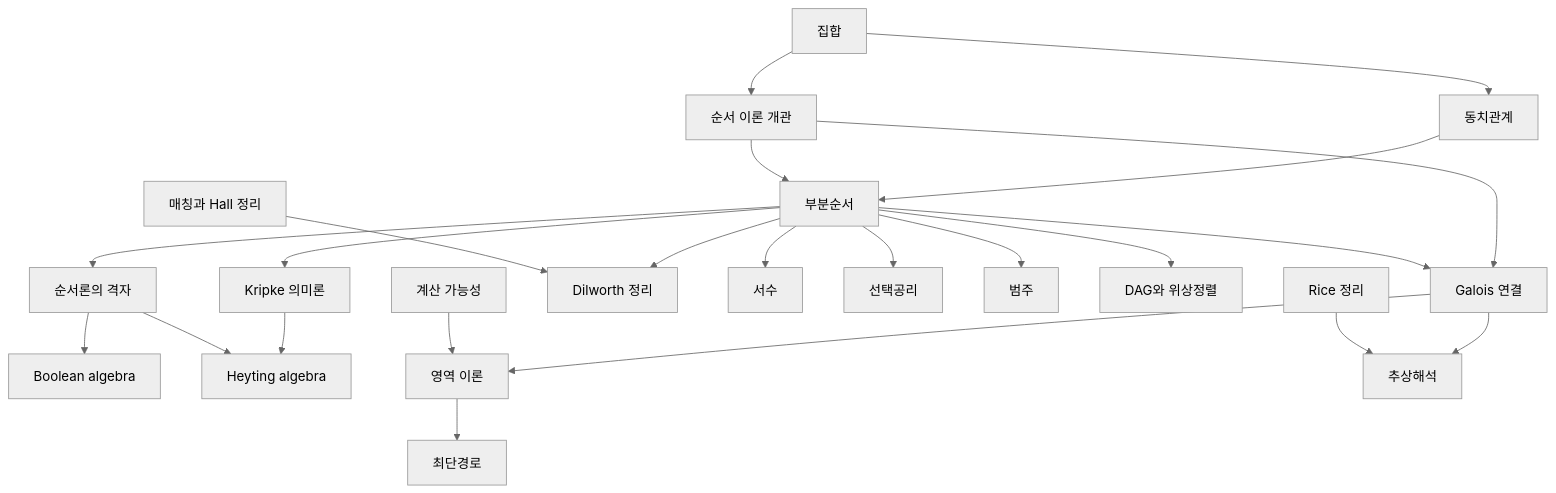
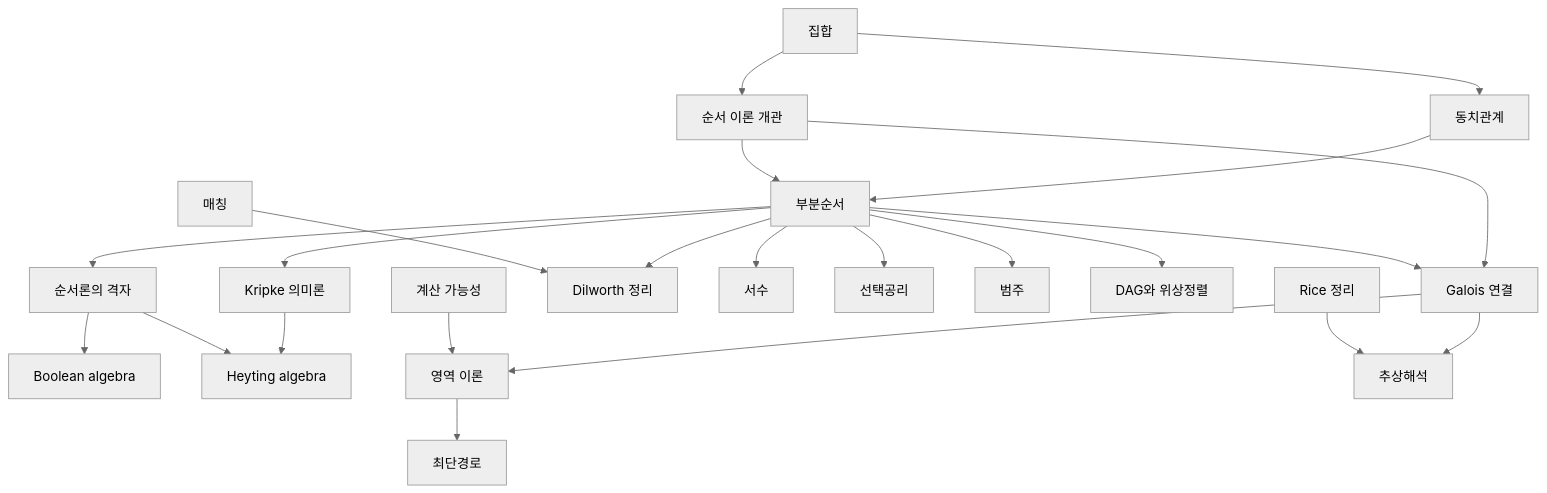
The diagram in docs/order-theory-overview.md (Phryxia/math-map), drawn with Mermaid (neutral theme) before and after one commit. The commit also changed 23 other files, not shown here.

````diff
--- a/docs/order-theory-overview.md
+++ b/docs/order-theory-overview.md
@@ -13,25 +13,25 @@
 ```mermaid
 graph TD
   SETS["집합"] --> REL["동치관계"]
   SETS --> OTO["순서 이론 개관"]
   REL --> PO["부분순서"]
   OTO --> PO
   OTO --> GC["Galois 연결"]
   PO --> LAT["순서론의 격자"]
   LAT --> BA["Boolean algebra"]
   PO --> KS["Kripke 의미론"]
   KS --> HA["Heyting algebra"]
   LAT --> HA
   PO --> GC
   PO --> DW["Dilworth 정리"]
   PO --> ORD["서수"]
   PO --> AC["선택공리"]
   PO --> CAT["범주"]
   PO --> DAG["DAG와 위상정렬"]
-  MAT["매칭과 Hall 정리"] --> DW
+  MAT["매칭"] --> DW
   GC --> DT["영역 이론"]
   GC --> AI["추상해석"]
   COMP["계산 가능성"] --> DT
   RICE["Rice 정리"] --> AI
   DT --> SP["최단경로"]
 ```
````
